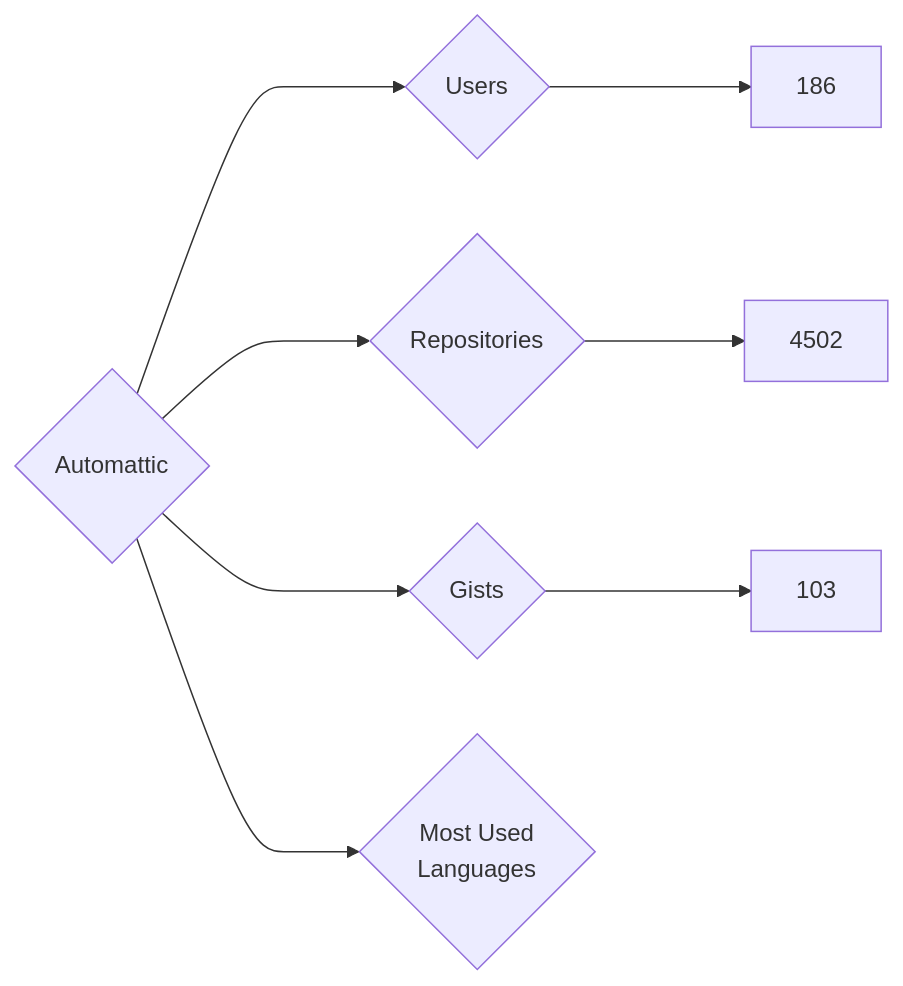
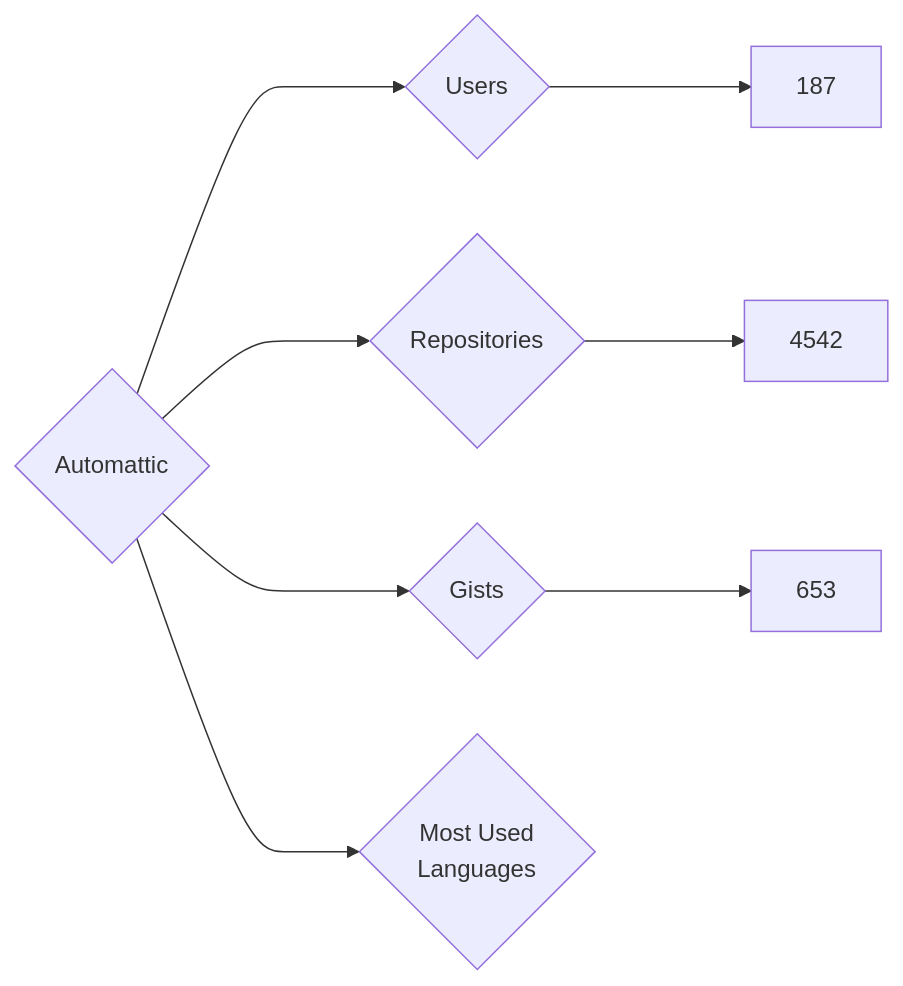
Before and after one commit to nenadzaric/insiders: the diagram in targets/Automattic/README.md, drawn with Mermaid. The commit also changed 1342 other files, not shown here.

````diff
--- a/targets/Automattic/README.md
+++ b/targets/Automattic/README.md
@@ -3,8 +3,8 @@
 ```mermaid
 graph LR
 COMPANY_NAME{Automattic}
-COMPANY_NAME ---> U{Users} ---> UN[186]
-COMPANY_NAME ---> R{Repositories} ---> RN[4502]
-COMPANY_NAME ---> G{Gists} ---> GN[103]
+COMPANY_NAME ---> U{Users} ---> UN[187]
+COMPANY_NAME ---> R{Repositories} ---> RN[4542]
+COMPANY_NAME ---> G{Gists} ---> GN[653]
 COMPANY_NAME ---> ML{Most Used<br>Languages}
 ```
````
